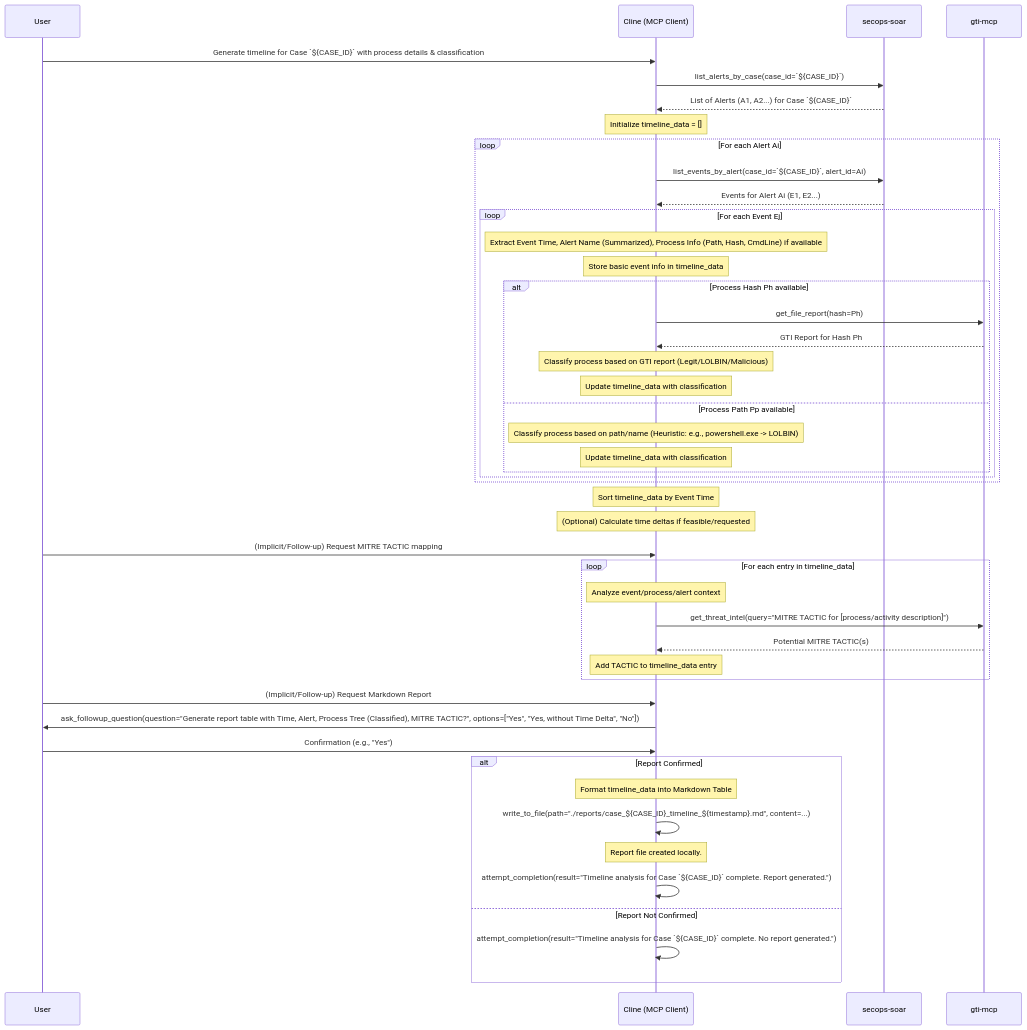
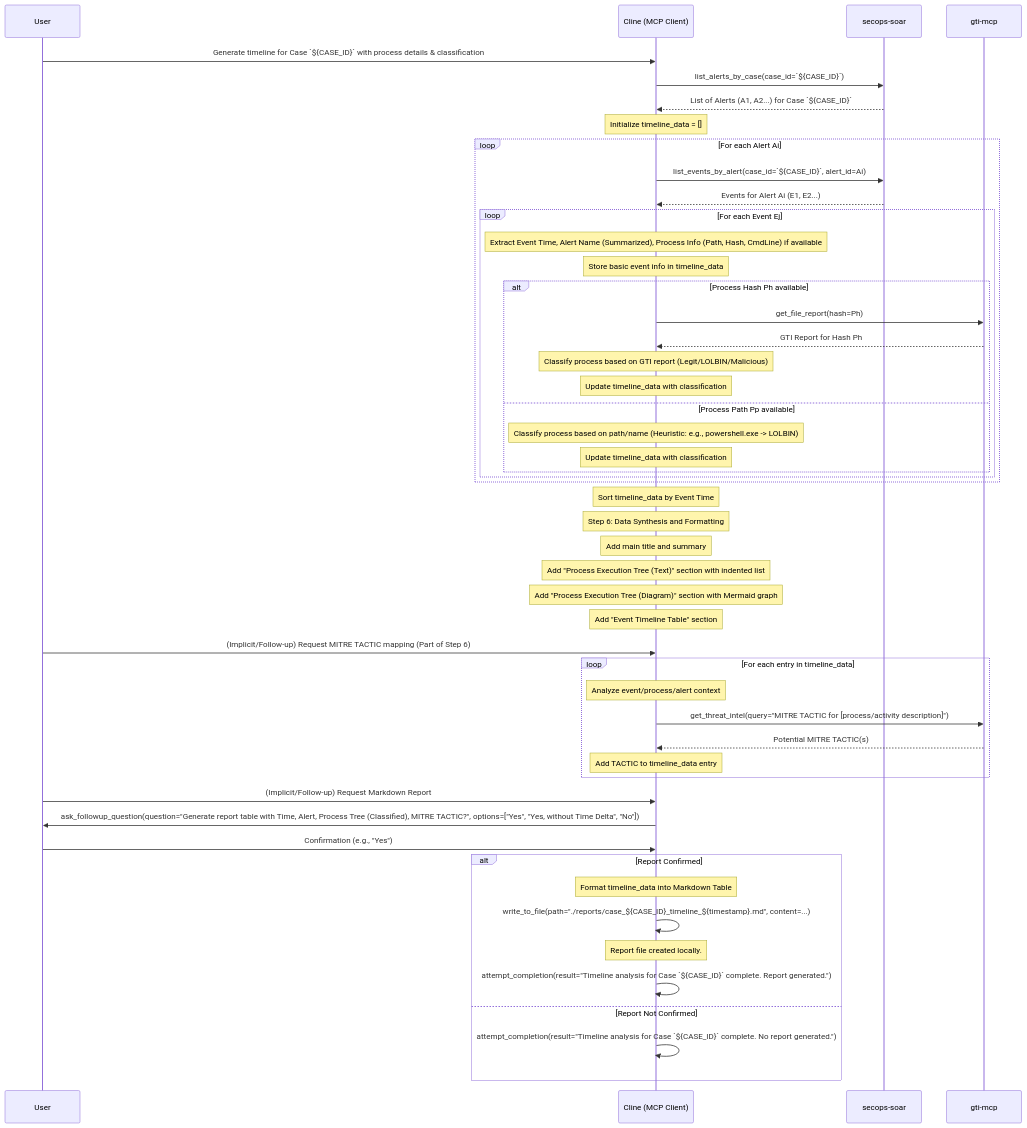
Before and after one commit to google/mcp-security: diagram 11 of 13 in WORKFLOWS.md, drawn with Mermaid. The commit also changed other lines of this file, not shown here.

Commit message:
improve process tree instructions pt3

````diff
--- a/WORKFLOWS.md
+++ b/WORKFLOWS.md
@@ -805,55 +841,60 @@
 ```{mermaid}
 sequenceDiagram
     participant User
     participant Cline as Cline (MCP Client)
     participant SOAR as secops-soar
     participant GTI as gti-mcp
 
     User->>Cline: Generate timeline for Case `${CASE_ID}` with process details & classification
     Cline->>SOAR: list_alerts_by_case(case_id=`${CASE_ID}`)
     SOAR-->>Cline: List of Alerts (A1, A2...) for Case `${CASE_ID}`
 
     Note over Cline: Initialize timeline_data = []
     loop For each Alert Ai
         Cline->>SOAR: list_events_by_alert(case_id=`${CASE_ID}`, alert_id=Ai)
         SOAR-->>Cline: Events for Alert Ai (E1, E2...)
         loop For each Event Ej
             Note over Cline: Extract Event Time, Alert Name (Summarized), Process Info (Path, Hash, CmdLine) if available
             Note over Cline: Store basic event info in timeline_data
             alt Process Hash Ph available
                 Cline->>GTI: get_file_report(hash=Ph)
                 GTI-->>Cline: GTI Report for Hash Ph
                 Note over Cline: Classify process based on GTI report (Legit/LOLBIN/Malicious)
                 Note over Cline: Update timeline_data with classification
             else Process Path Pp available
                 Note over Cline: Classify process based on path/name (Heuristic: e.g., powershell.exe -> LOLBIN)
                 Note over Cline: Update timeline_data with classification
             end
         end
     end
 
     Note over Cline: Sort timeline_data by Event Time
-    Note over Cline: (Optional) Calculate time deltas if feasible/requested
 
-    User->>Cline: (Implicit/Follow-up) Request MITRE TACTIC mapping
+    Note over Cline: Step 6: Data Synthesis and Formatting
+    Note over Cline: Add main title and summary
+    Note over Cline: Add "Process Execution Tree (Text)" section with indented list
+    Note over Cline: Add "Process Execution Tree (Diagram)" section with Mermaid graph
+    Note over Cline: Add "Event Timeline Table" section
+
+    User->>Cline: (Implicit/Follow-up) Request MITRE TACTIC mapping (Part of Step 6)
     loop For each entry in timeline_data
         Note over Cline: Analyze event/process/alert context
         Cline->>GTI: get_threat_intel(query="MITRE TACTIC for [process/activity description]")
         GTI-->>Cline: Potential MITRE TACTIC(s)
         Note over Cline: Add TACTIC to timeline_data entry
     end
 
     User->>Cline: (Implicit/Follow-up) Request Markdown Report
     Cline->>User: ask_followup_question(question="Generate report table with Time, Alert, Process Tree (Classified), MITRE TACTIC?", options=["Yes", "Yes, without Time Delta", "No"])
     User->>Cline: Confirmation (e.g., "Yes")
 
     alt Report Confirmed
         Note over Cline: Format timeline_data into Markdown Table
         Cline->>Cline: write_to_file(path="./reports/case_${CASE_ID}_timeline_${timestamp}.md", content=...)
         Note over Cline: Report file created locally.
         Cline->>Cline: attempt_completion(result="Timeline analysis for Case `${CASE_ID}` complete. Report generated.")
     else Report Not Confirmed
         Cline->>Cline: attempt_completion(result="Timeline analysis for Case `${CASE_ID}` complete. No report generated.")
     end
 
 ```
````
